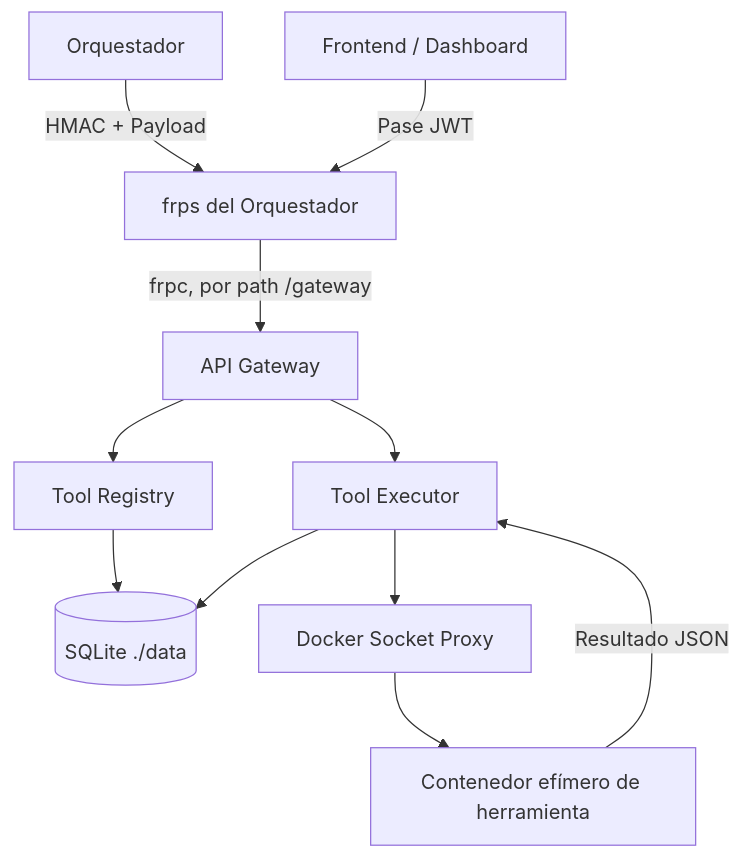
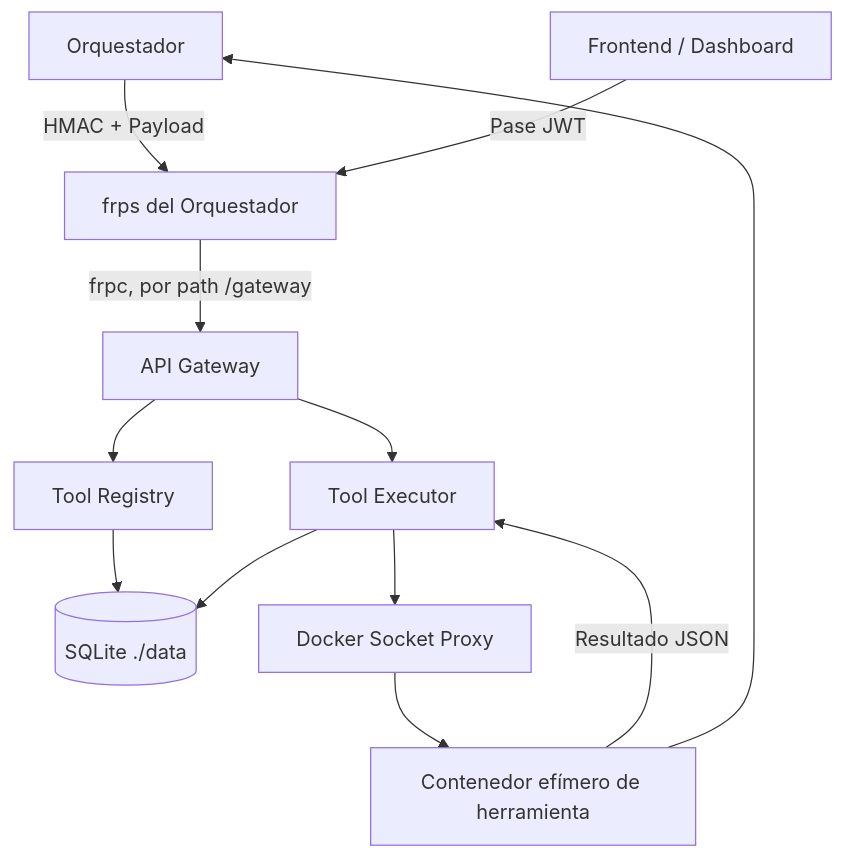
The diagram in README.md (Sebas7299/LucasLuisSebastian), drawn with Mermaid before and after one commit.

Commit message:
Update flow summary to include Orchestrator
Added Orchestrator to the flow summary in README.

````diff
--- a/README.md
+++ b/README.md
@@ -137,13 +137,14 @@
 ```mermaid
 flowchart TD
     O[Orquestador] -->|HMAC + Payload| FRP[frps del Orquestador]
     F[Frontend / Dashboard] -->|Pase JWT| FRP
     FRP -->|frpc, por path /gateway| G[API Gateway]
     G --> R[Tool Registry]
     G --> E[Tool Executor]
     R --> DB[(SQLite ./data)]
     E --> DB
     E --> P[Docker Socket Proxy]
     P --> C[Contenedor efímero de herramienta]
     C -->|Resultado JSON| E
+    C --> O[Orquestador]
 ```
````
